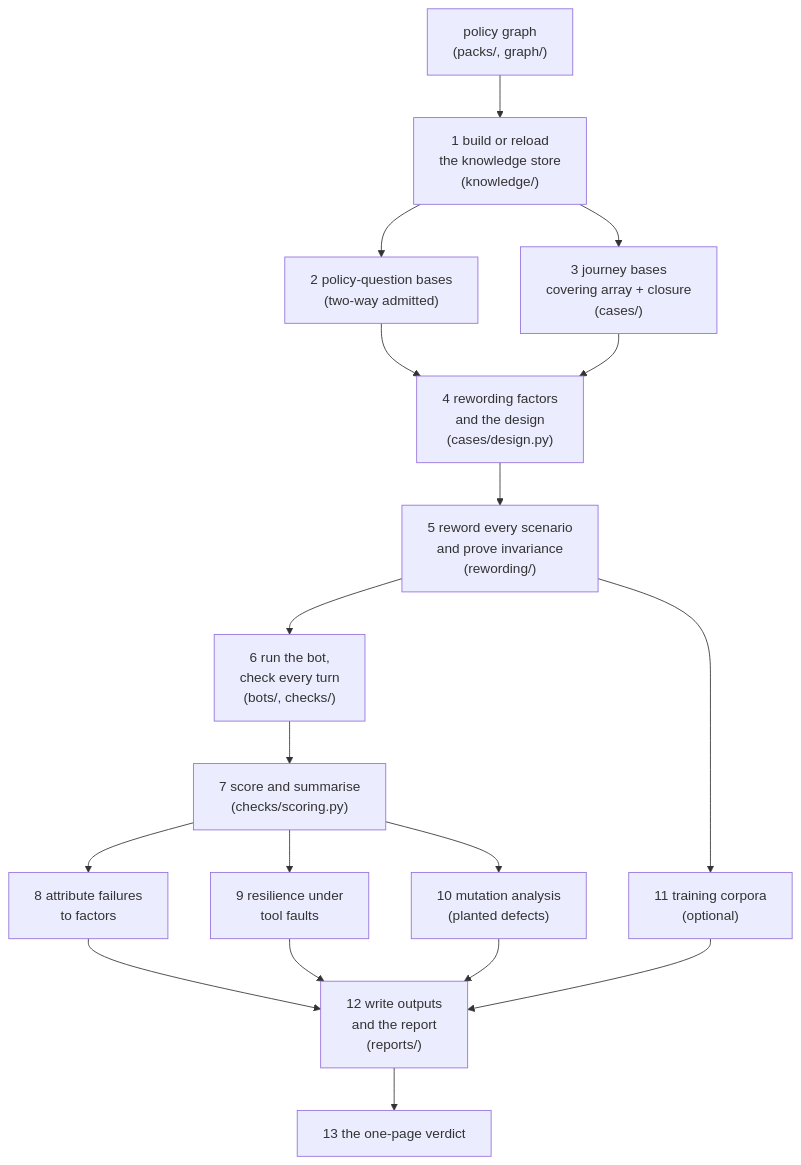
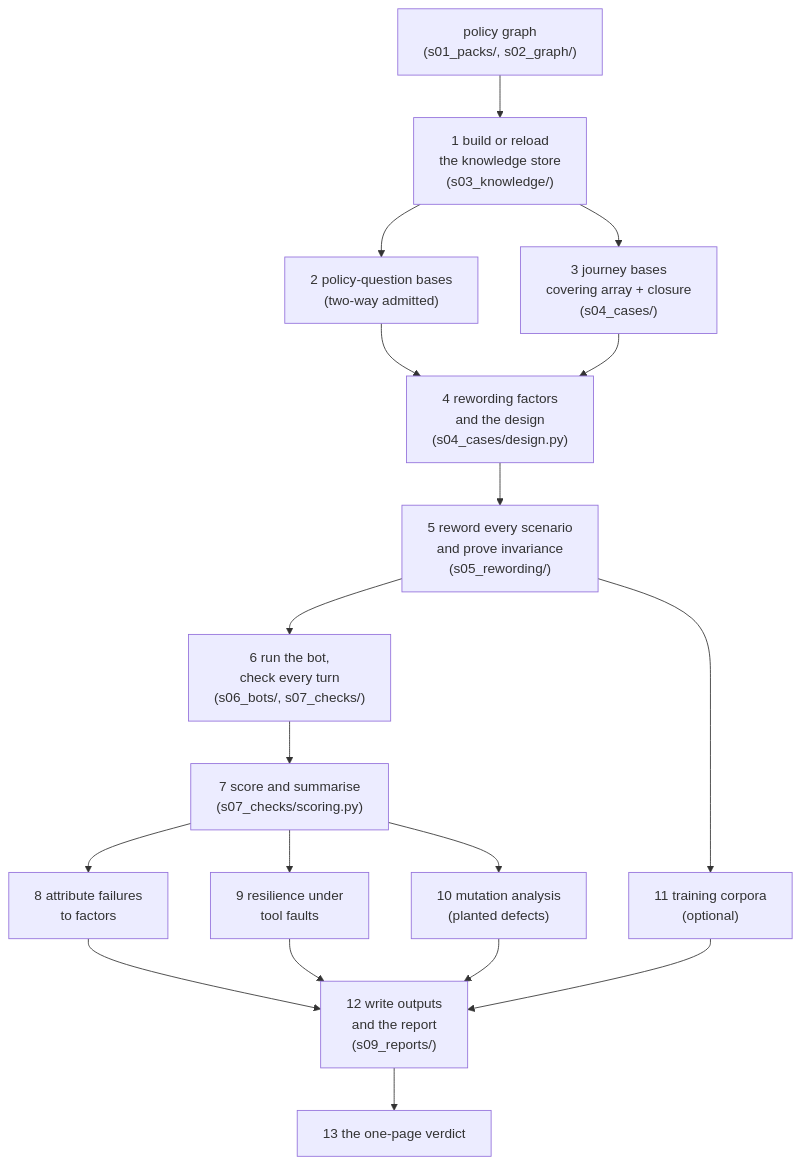
Before and after one commit to agnibrainhack/voicebot: the first of 2 diagrams in docs/guide/README.md, drawn with Mermaid. The commit also changed other lines of this file and 180 other files, not shown here.

````diff
--- a/docs/guide/README.md
+++ b/docs/guide/README.md
@@ -67,20 +67,20 @@
 ```mermaid
 flowchart TD
-    G["policy graph<br/>(packs/, graph/)"] --> S1["1 build or reload<br/>the knowledge store<br/>(knowledge/)"]
+    G["policy graph<br/>(s01_packs/, s02_graph/)"] --> S1["1 build or reload<br/>the knowledge store<br/>(s03_knowledge/)"]
     S1 --> S2["2 policy-question bases<br/>(two-way admitted)"]
-    S1 --> S3["3 journey bases<br/>covering array + closure<br/>(cases/)"]
-    S2 --> S4["4 rewording factors<br/>and the design<br/>(cases/design.py)"]
+    S1 --> S3["3 journey bases<br/>covering array + closure<br/>(s04_cases/)"]
+    S2 --> S4["4 rewording factors<br/>and the design<br/>(s04_cases/design.py)"]
     S3 --> S4
-    S4 --> S5["5 reword every scenario<br/>and prove invariance<br/>(rewording/)"]
-    S5 --> S6["6 run the bot,<br/>check every turn<br/>(bots/, checks/)"]
-    S6 --> S7["7 score and summarise<br/>(checks/scoring.py)"]
+    S4 --> S5["5 reword every scenario<br/>and prove invariance<br/>(s05_rewording/)"]
+    S5 --> S6["6 run the bot,<br/>check every turn<br/>(s06_bots/, s07_checks/)"]
+    S6 --> S7["7 score and summarise<br/>(s07_checks/scoring.py)"]
     S7 --> S8["8 attribute failures<br/>to factors"]
     S7 --> S9["9 resilience under<br/>tool faults"]
     S7 --> S10["10 mutation analysis<br/>(planted defects)"]
     S5 --> S11["11 training corpora<br/>(optional)"]
-    S8 --> S12["12 write outputs<br/>and the report<br/>(reports/)"]
+    S8 --> S12["12 write outputs<br/>and the report<br/>(s09_reports/)"]
     S9 --> S12
     S10 --> S12
     S11 --> S12
     S12 --> S13["13 the one-page verdict"]
 ```
````
